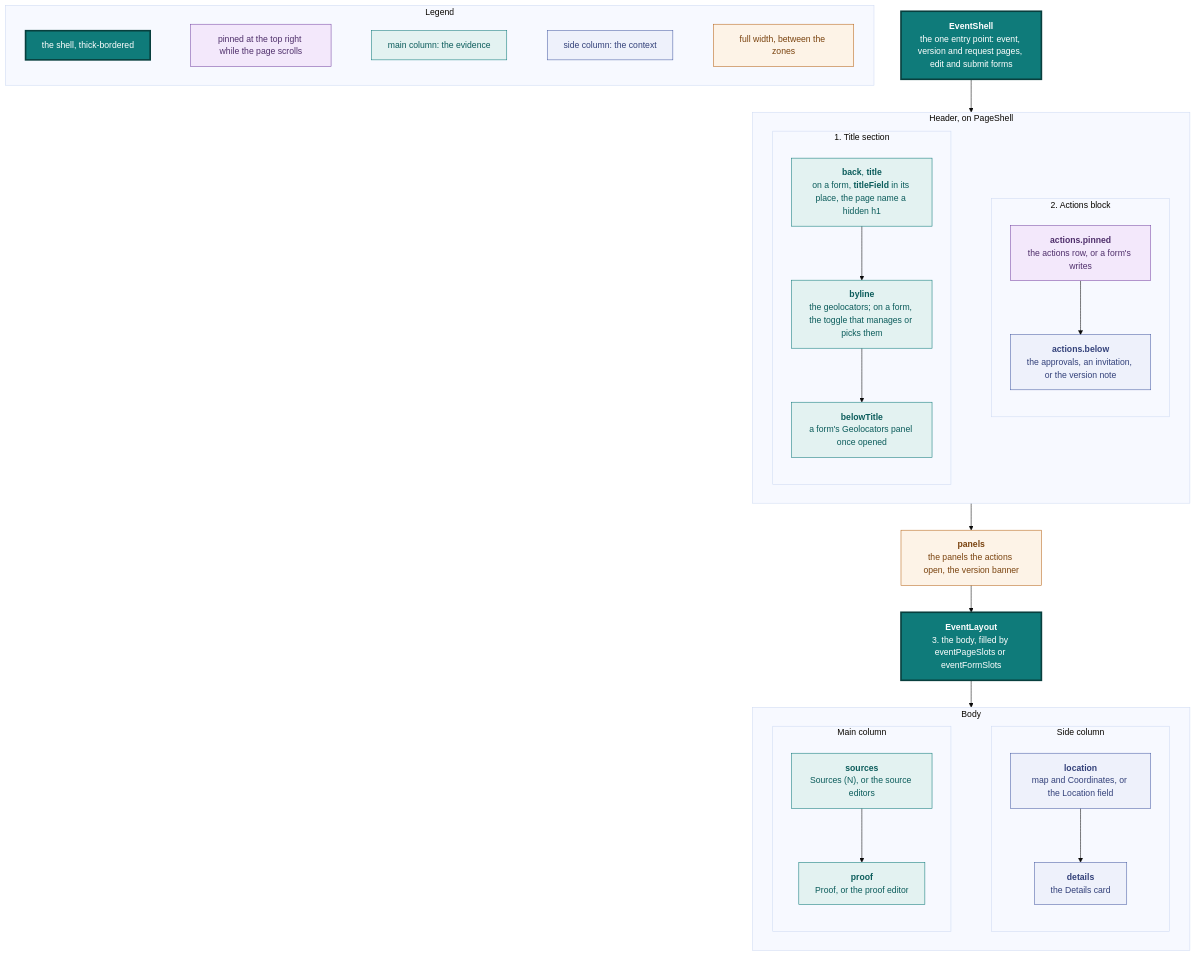
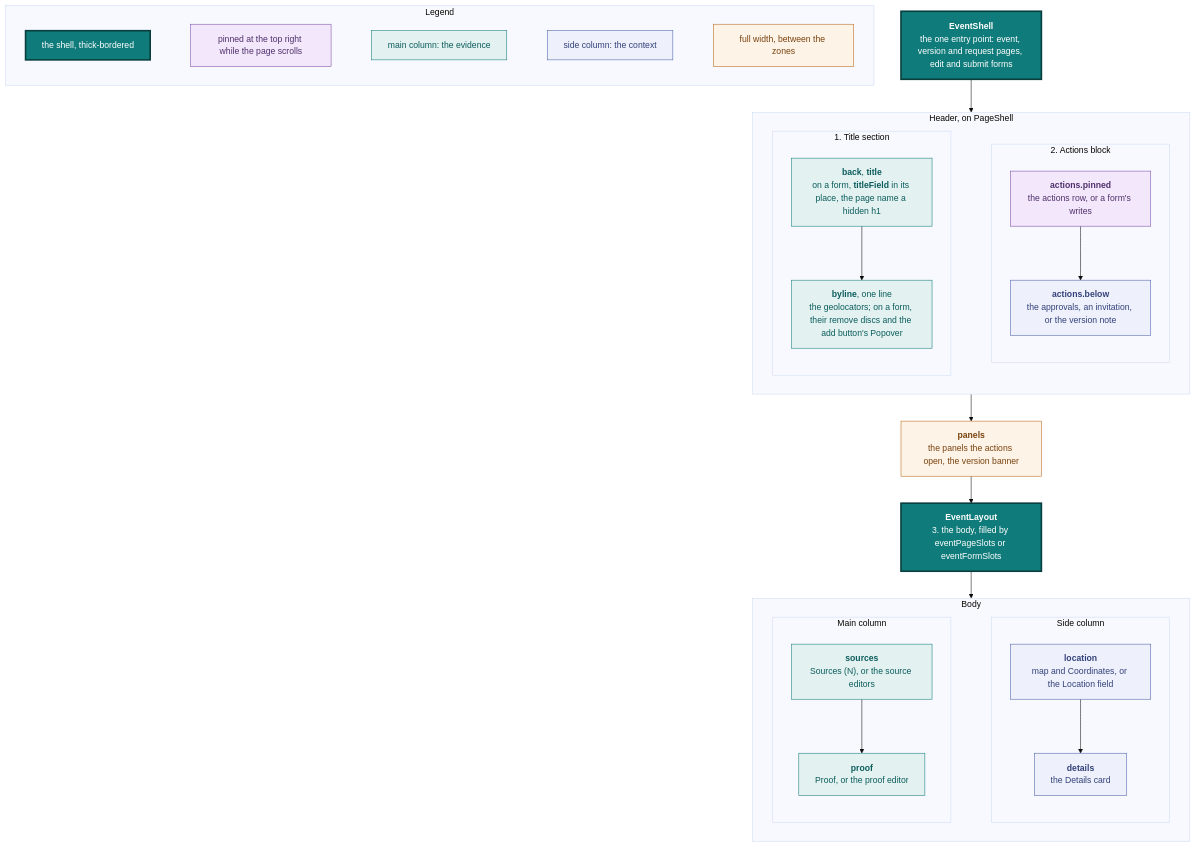
The sixth of 15 diagrams in docs/design.md (vidithq/vidit), drawn with Mermaid (base theme) before and after one commit. The commit also changed other lines of this file and 18 other files, not shown here.

First line of the commit message:
feat(frontend): manage the geolocators in the byline with a popover picker

````diff
--- a/docs/design.md
+++ b/docs/design.md
@@ -690,73 +690,71 @@
 ```mermaid
 flowchart TB
   classDef core fill:#0f7b7a,stroke:#083f3e,stroke-width:3px,color:#ffffff
   classDef pinned fill:#f3e8fb,stroke:#7a4aa5,color:#4f2f6b
   classDef shared fill:#e3f2f1,stroke:#0f7b7a,color:#0b5c5b
   classDef spec fill:#eef1fb,stroke:#4a5fa5,color:#33417a
   classDef state fill:#fdf3e7,stroke:#b8661a,color:#7a430f
 
   subgraph legend [Legend]
     direction LR
     l1["`the shell, thick-bordered`"]:::core
     l5["`pinned at the top right while the page scrolls`"]:::pinned
     l2["`main column: the evidence`"]:::shared
     l3["`side column: the context`"]:::spec
     l4["`full width, between the zones`"]:::state
     l1 ~~~ l5 ~~~ l2 ~~~ l3 ~~~ l4
   end
 
   shell["`**EventShell**
   the one entry point: event, version and request pages, edit and submit forms`"]:::core
 
   subgraph top [Header, on PageShell]
     direction LR
     subgraph titlesection [1. Title section]
       direction TB
       heading["`**back**, **title**
       on a form, **titleField** in its place, the page name a hidden h1`"]:::shared
-      byline["`**byline**
-      the geolocators; on a form, the toggle that manages or picks them`"]:::shared
-      below["`**belowTitle**
-      a form's Geolocators panel once opened`"]:::shared
-      heading --> byline --> below
+      byline["`**byline**, one line
+      the geolocators; on a form, their remove discs and the add button's Popover`"]:::shared
+      heading --> byline
     end
     subgraph actionsblock [2. Actions block]
       direction TB
       pinned["`**actions.pinned**
       the actions row, or a form's writes`"]:::pinned
       under["`**actions.below**
       the approvals, an invitation, or the version note`"]:::spec
       pinned --> under
     end
     titlesection ~~~ actionsblock
   end
 
   between["`**panels**
   the panels the actions open, the version banner`"]:::state
 
   layout["`**EventLayout**
   3. the body, filled by eventPageSlots or eventFormSlots`"]:::core
 
   subgraph body [Body]
     direction LR
     subgraph main [Main column]
       direction TB
       sources["`**sources**
       Sources (N), or the source editors`"]:::shared
       proof["`**proof**
       Proof, or the proof editor`"]:::shared
       sources --> proof
     end
     subgraph side [Side column]
       direction TB
       location["`**location**
       map and Coordinates, or the Location field`"]:::spec
       details["`**details**
       the Details card`"]:::spec
       location --> details
     end
     main ~~~ side
   end
 
   shell --> top --> between --> layout --> body
 ```
````
